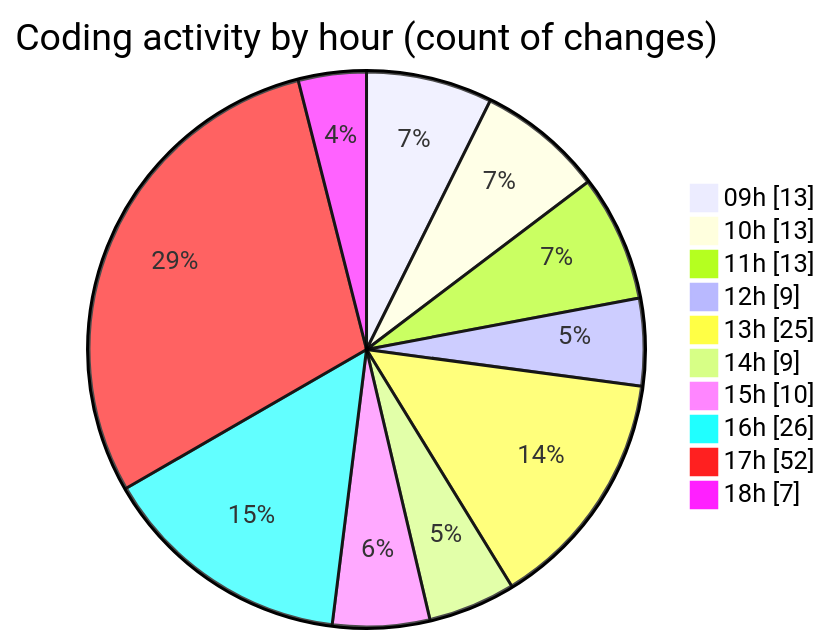
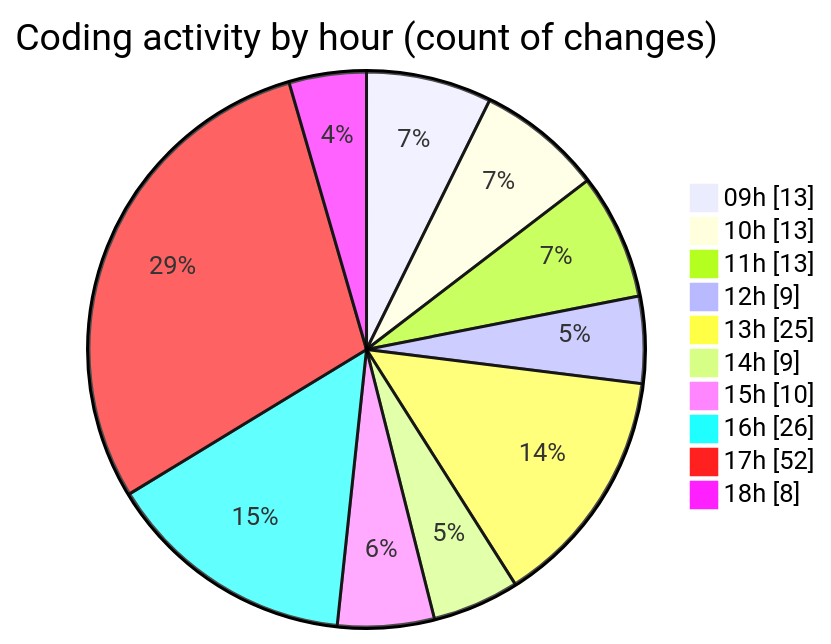
The second of 2 diagrams in 2025-09-23/cda/README.md (momahboobian/code-tracking), drawn with Mermaid before and after one commit. The commit also changed other lines of this file and 1 other file, not shown here.

````diff
--- a/2025-09-23/cda/README.md
+++ b/2025-09-23/cda/README.md
@@ -49,14 +49,14 @@
 ```mermaid
 pie showData
 title Coding activity by hour (count of changes)
 "09h" : 13
 "10h" : 13
 "11h" : 13
 "12h" : 9
 "13h" : 25
 "14h" : 9
 "15h" : 10
 "16h" : 26
 "17h" : 52
-"18h" : 7
+"18h" : 8
 ```
````
